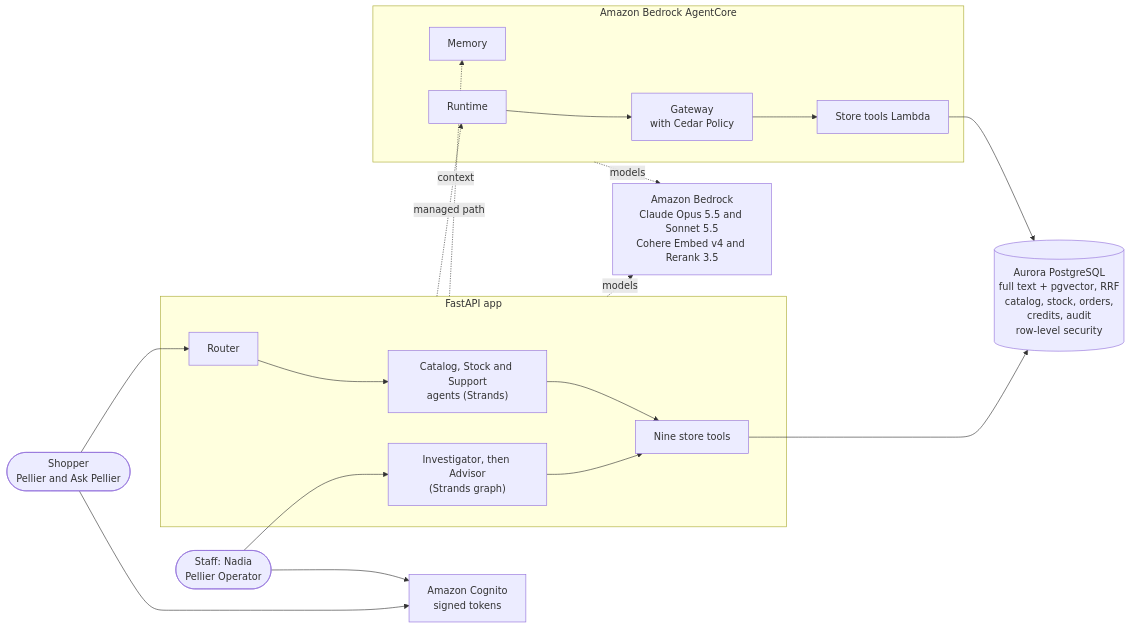
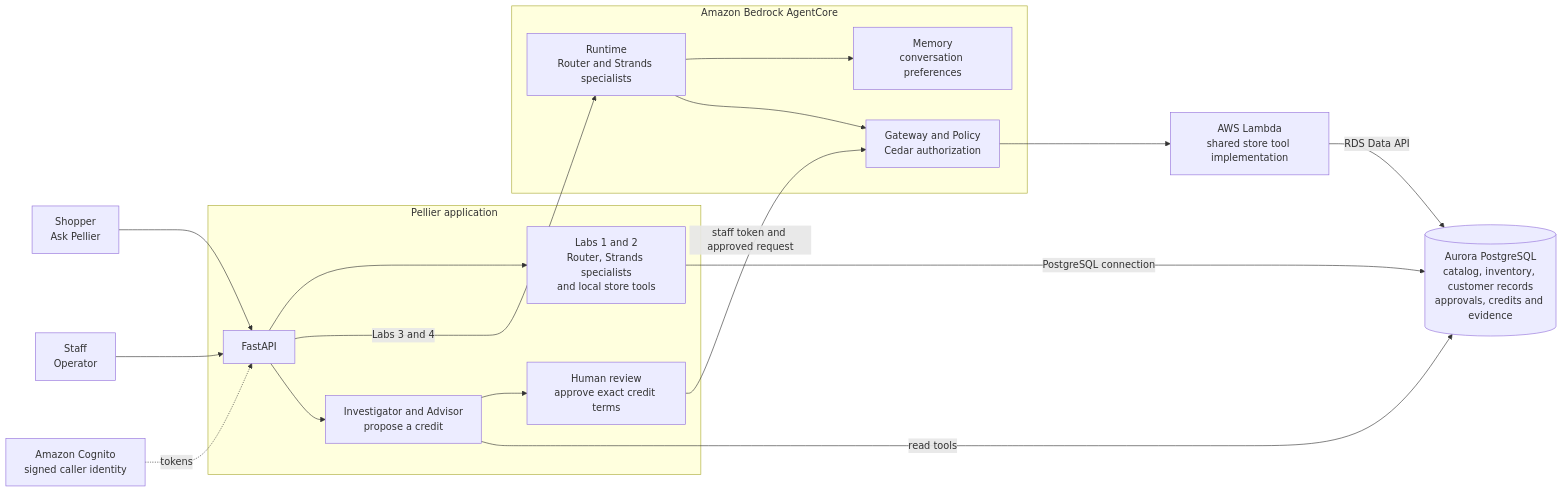
Before and after one commit to aws-samples/sample-pellier-agentic-search-apg: the diagram in README.md, drawn with Mermaid. The commit also changed other lines of this file, not shown here.

````diff
--- a/README.md
+++ b/README.md
@@ -52,33 +45,33 @@
 ```mermaid
 flowchart LR
-  shopper(["Shopper<br/>Pellier and Ask Pellier"])
-  staff(["Staff: Nadia<br/>Pellier Operator"])
-  cognito["Amazon Cognito<br/>signed tokens"]
+  shopper["Shopper<br/>Ask Pellier"]
+  staff["Staff<br/>Operator"]
+  cognito["Amazon Cognito<br/>signed caller identity"]
 
-  subgraph app["FastAPI app"]
-    router["Router"]
-    agents["Catalog, Stock and Support<br/>agents (Strands)"]
-    investigation["Investigator, then Advisor<br/>(Strands graph)"]
-    tools["Nine store tools"]
+  subgraph app["Pellier application"]
+    api["FastAPI"]
+    local["Labs 1 and 2<br/>Router, Strands specialists<br/>and local store tools"]
+    investigation["Investigator and Advisor<br/>propose a credit"]
+    approval["Human review<br/>approve exact credit terms"]
   end
 
   subgraph agentcore["Amazon Bedrock AgentCore"]
-    runtime["Runtime"]
-    gateway["Gateway<br/>with Cedar Policy"]
-    lambda["Store tools Lambda"]
-    memory["Memory"]
+    runtime["Runtime<br/>Router and Strands specialists"]
+    gateway["Gateway and Policy<br/>Cedar authorization"]
+    memory["Memory<br/>conversation preferences"]
   end
 
-  bedrock["Amazon Bedrock<br/>Claude Opus 5.5 and Sonnet 5.5<br/>Cohere Embed v4 and Rerank 3.5"]
-  aurora[("Aurora PostgreSQL<br/>full text + pgvector, RRF<br/>catalog, stock, orders,<br/>credits, audit<br/>row-level security")]
+  lambda["AWS Lambda<br/>shared store tool implementation"]
+  aurora[("Aurora PostgreSQL<br/>catalog, inventory, customer records<br/>approvals, credits and evidence")]
 
-  shopper --> cognito
-  staff --> cognito
-  shopper --> router --> agents --> tools
-  staff --> investigation --> tools
-  tools --> aurora
-  app -. managed path .-> runtime --> gateway --> lambda --> aurora
-  app -. context .-> memory
-  app -. models .-> bedrock
-  agentcore -. models .-> bedrock
+  shopper --> api
+  staff --> api
+  cognito -. tokens .-> api
+  api --> local -->|PostgreSQL connection| aurora
+  api -->|Labs 3 and 4| runtime
+  runtime --> memory
+  runtime --> gateway --> lambda -->|RDS Data API| aurora
+  api --> investigation --> approval
+  investigation -->|read tools| aurora
+  approval -->|staff token and approved request| gateway
 ```
````
